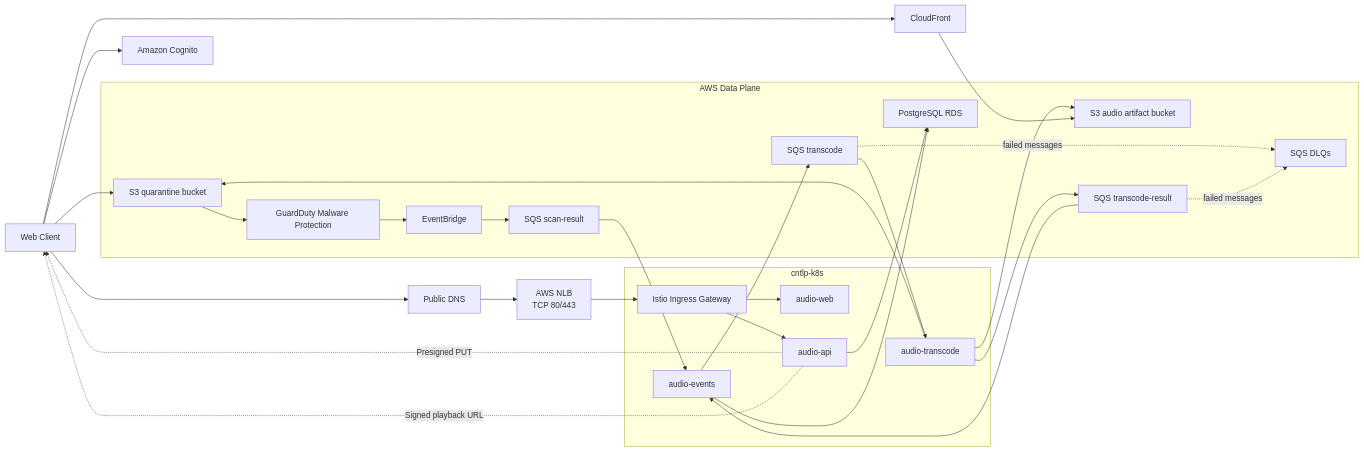
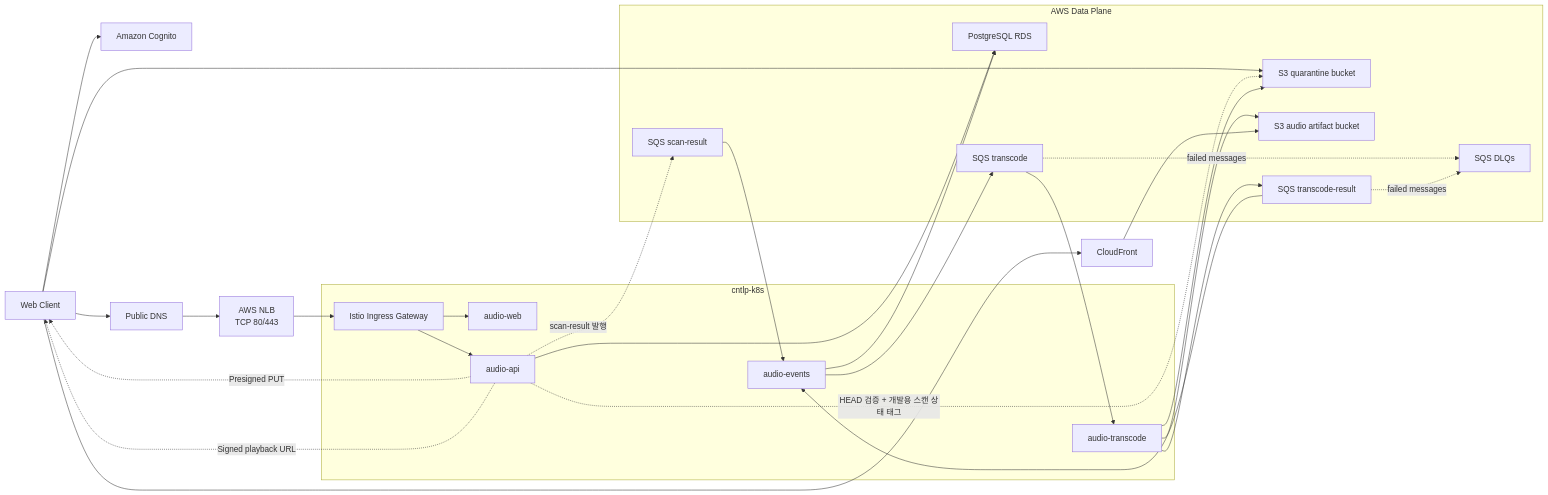
One commit to project-cantaloupe/03-app-audio changed the first of 5 diagrams in docs/audio-service-architecture.md. Above: the diagram before and after it, drawn with Mermaid. The commit also changed other lines of this file and 11 other files, not shown here.

````diff
--- a/docs/audio-service-architecture.md
+++ b/docs/audio-service-architecture.md
@@ -109,58 +109,55 @@
 ```mermaid
 flowchart LR
     Client["Web Client"]
     Cognito["Amazon Cognito"]
     DNS["Public DNS"]
     NLB["AWS NLB<br/>TCP 80/443"]
     CloudFront["CloudFront"]
 
     subgraph Cluster["cntlp-k8s"]
         Ingress["Istio Ingress Gateway"]
         Web["audio-web"]
         API["audio-api"]
         Events["audio-events"]
         Worker["audio-transcode"]
     end
 
     subgraph Data["AWS Data Plane"]
         RDS["PostgreSQL RDS"]
         Incoming["S3 quarantine bucket"]
         Artifacts["S3 audio artifact bucket"]
-        GuardDuty["GuardDuty Malware Protection"]
-        EventBridge["EventBridge"]
         ScanQueue["SQS scan-result"]
         JobQueue["SQS transcode"]
         ResultQueue["SQS transcode-result"]
         DLQ["SQS DLQs"]
     end
 
     Client --> Cognito
     Client --> DNS
     DNS --> NLB
     NLB --> Ingress
     Ingress --> Web
     Ingress --> API
     API --> RDS
     API -. "Presigned PUT" .-> Client
     Client --> Incoming
 
-    Incoming --> GuardDuty
-    GuardDuty --> EventBridge
-    EventBridge --> ScanQueue
+    API -. "HEAD 검증 + 개발용 스캔 상태 태그" .-> Incoming
+    API -. "scan-result 발행" .-> ScanQueue
     ScanQueue --> Events
     Events --> RDS
     Events --> JobQueue
 
     JobQueue --> Worker
     Worker --> Incoming
     Worker --> Artifacts
     Worker --> ResultQueue
     ResultQueue --> Events
 
     JobQueue -. "failed messages" .-> DLQ
     ResultQueue -. "failed messages" .-> DLQ
 
     API -. "Signed playback URL" .-> Client
     Client --> CloudFront
     CloudFront --> Artifacts
 ```
````
